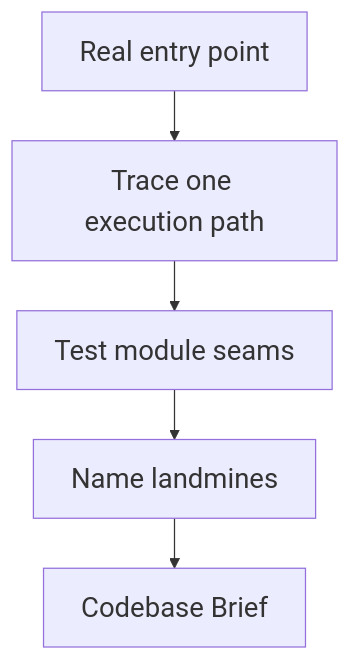
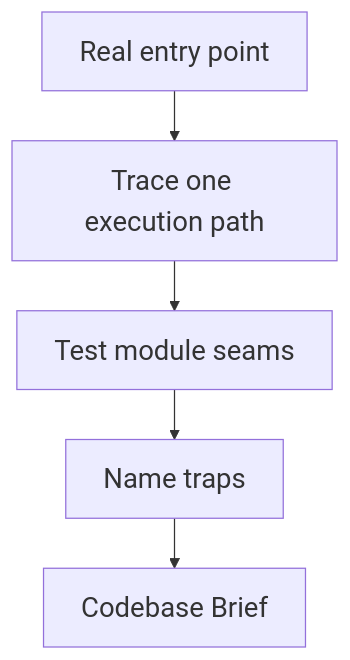
One commit to trykA123/skillify changed the diagram in entry/orientify/README.md. Above: the diagram before and after it, drawn with Mermaid. The commit also changed other lines of this file and 51 other files, not shown here.

````diff
--- a/entry/orientify/README.md
+++ b/entry/orientify/README.md
@@ -26,8 +26,8 @@
 ```mermaid
 %%{init: {"themeVariables": {"fontSize": "22px"}, "flowchart": {"nodeSpacing": 35, "rankSpacing": 40}}}%%
 flowchart TB
     Entry[Real entry point] --> Path[Trace one execution path]
     Path --> Seams[Test module seams]
-    Seams --> Risks[Name landmines]
+    Seams --> Risks[Name traps]
     Risks --> Brief[Codebase Brief]
 ```
````
